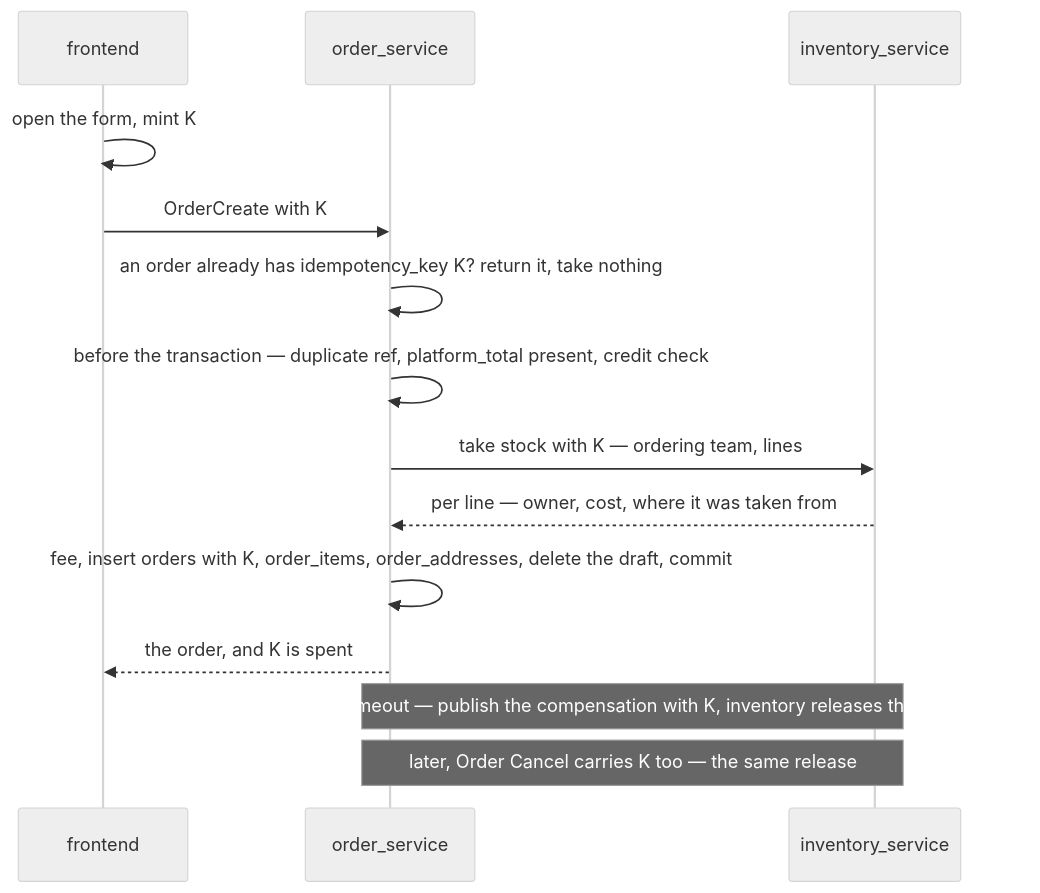
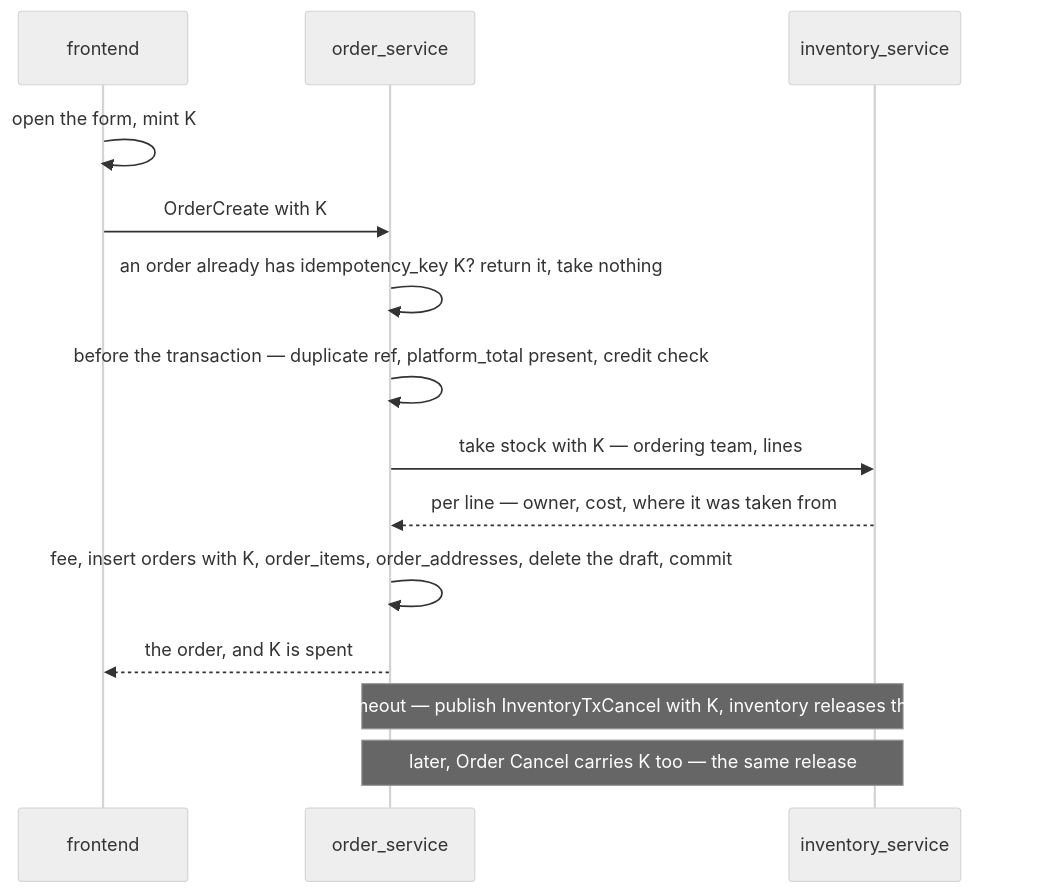
The first of 4 diagrams in docs/business/order/order_creation_clarify.md (pdcgo/warehouse_revamp), drawn with Mermaid (neutral theme) before and after one commit. The commit also changed other lines of this file and 4 other files, not shown here.

````diff
--- a/docs/business/order/order_creation_clarify.md
+++ b/docs/business/order/order_creation_clarify.md
@@ -38,16 +52,16 @@
 ```mermaid
 sequenceDiagram
   participant F as frontend
   participant O as order_service
   participant I as inventory_service
   F->>F: open the form, mint K
   F->>O: OrderCreate with K
   O->>O: an order already has idempotency_key K? return it, take nothing
   O->>O: before the transaction — duplicate ref, platform_total present, credit check
   O->>I: take stock with K — ordering team, lines
   I-->>O: per line — owner, cost, where it was taken from
   O->>O: fee, insert orders with K, order_items, order_addresses, delete the draft, commit
   O-->>F: the order, and K is spent
-  Note over O,I: on failure or timeout — publish the compensation with K, inventory releases the take under K
+  Note over O,I: on failure or timeout — publish InventoryTxCancel with K, inventory releases the take under K
   Note over O,I: later, Order Cancel carries K too — the same release
 ```
````
